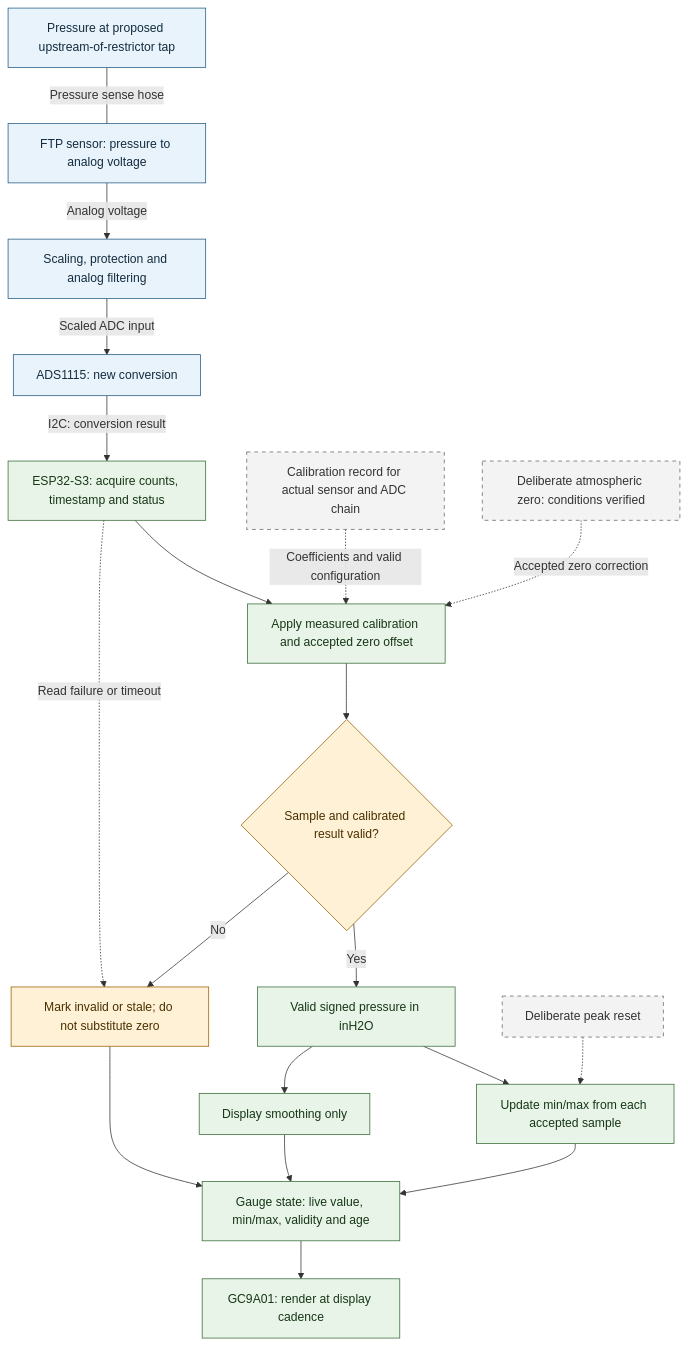
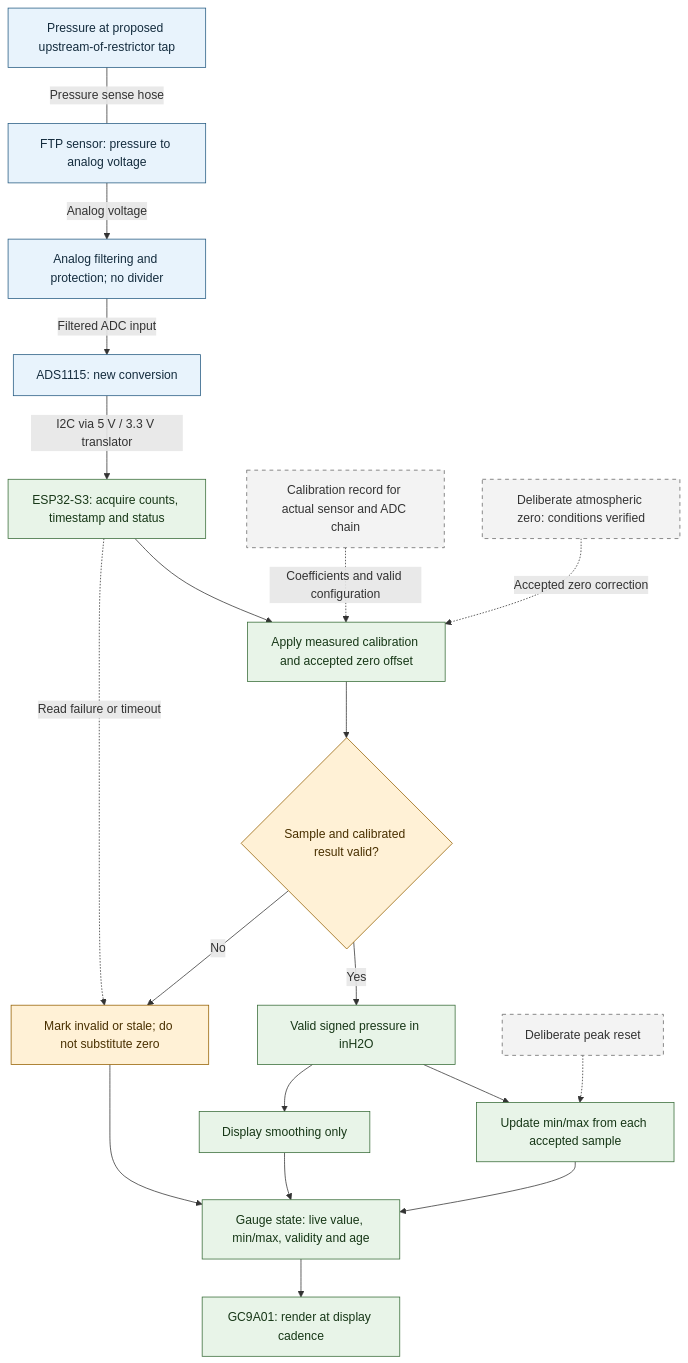
One commit to joshua-p-williams/ls-pcv-system changed the diagram in hardware/architecture/measurement-system.md. Above: the diagram before and after it, drawn with Mermaid. The commit also changed other lines of this file and 53 other files, not shown here.

````diff
--- a/hardware/architecture/measurement-system.md
+++ b/hardware/architecture/measurement-system.md
@@ -7,47 +7,47 @@
 ```mermaid
 flowchart TD
     pressure["Pressure at proposed upstream-of-restrictor tap"]
     sensor["FTP sensor: pressure to analog voltage"]
-    analog["Scaling, protection and analog filtering"]
+    analog["Analog filtering and protection; no divider"]
     adc["ADS1115: new conversion"]
     acquire["ESP32-S3: acquire counts, timestamp and status"]
     calibrate["Apply measured calibration and accepted zero offset"]
     valid{"Sample and calibrated result valid?"}
     accepted["Valid signed pressure in inH2O"]
     peaks["Update min/max from each accepted sample"]
     smooth["Display smoothing only"]
     fault["Mark invalid or stale; do not substitute zero"]
     state["Gauge state: live value, min/max, validity and age"]
     display["GC9A01: render at display cadence"]
     calibration["Calibration record for actual sensor and ADC chain"]
     zero["Deliberate atmospheric zero: conditions verified"]
     reset["Deliberate peak reset"]
 
     pressure ---|"Pressure sense hose"| sensor
     sensor -->|"Analog voltage"| analog
-    analog -->|"Scaled ADC input"| adc
-    adc -->|"I2C: conversion result"| acquire
+    analog -->|"Filtered ADC input"| adc
+    adc -->|"I2C via 5 V / 3.3 V translator"| acquire
     acquire --> calibrate
     calibration -.->|"Coefficients and valid configuration"| calibrate
     zero -.->|"Accepted zero correction"| calibrate
     calibrate --> valid
     valid -->|"Yes"| accepted
     valid -->|"No"| fault
     acquire -.->|"Read failure or timeout"| fault
     accepted --> peaks
     accepted --> smooth
     reset -.-> peaks
     peaks --> state
     smooth --> state
     fault --> state
     state --> display
 
     classDef physical fill:#e8f3fc,stroke:#245a81,color:#142c3e
     classDef processing fill:#e8f4e8,stroke:#376b37,color:#173717
     classDef decision fill:#fff1d6,stroke:#956000,color:#493000
     classDef reference fill:#f3f3f3,stroke:#666,color:#333,stroke-dasharray:5 5
     class pressure,sensor,analog,adc physical
     class acquire,calibrate,accepted,peaks,smooth,state,display processing
     class valid,fault decision
     class calibration,zero,reset reference
 ```
````
